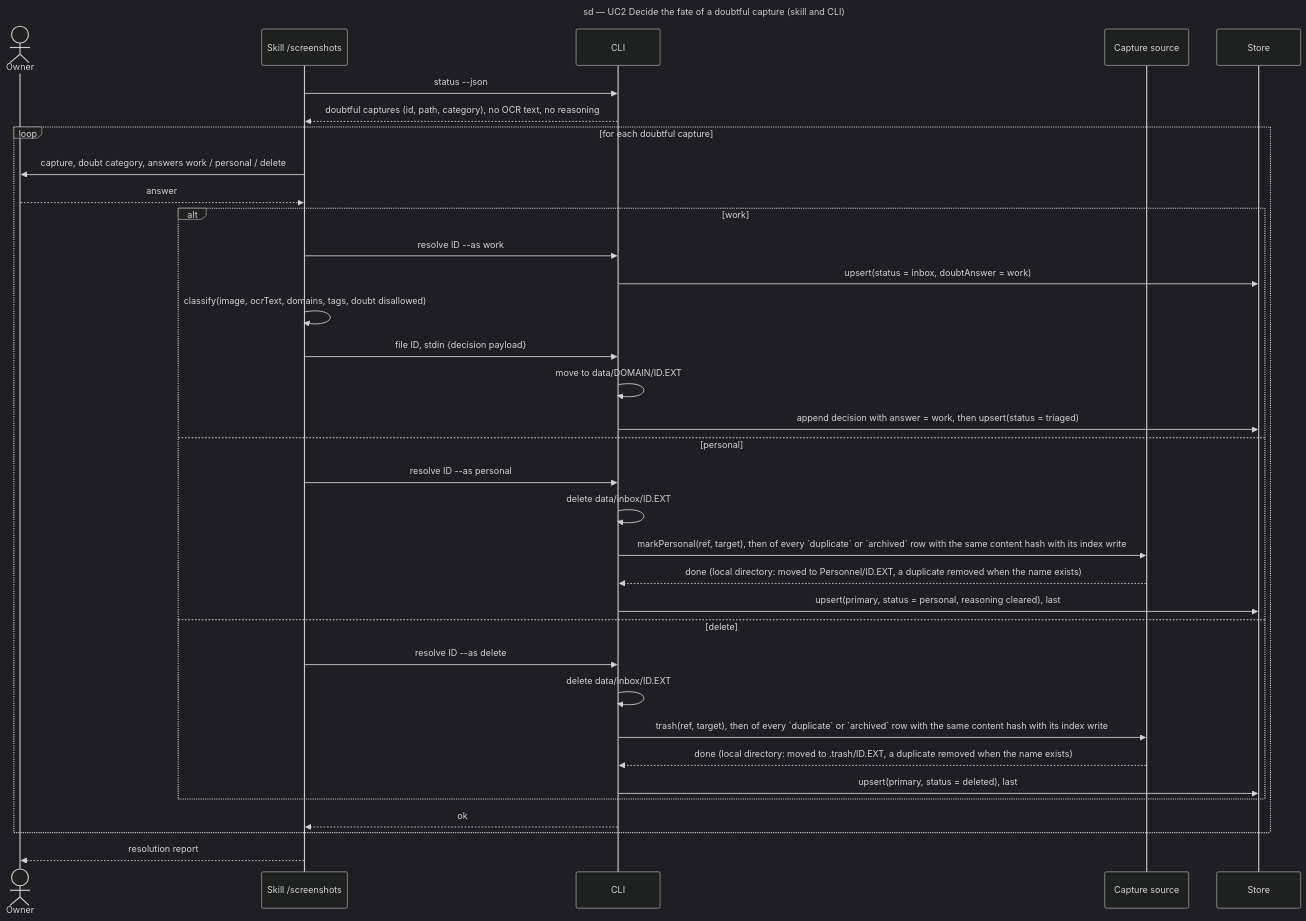
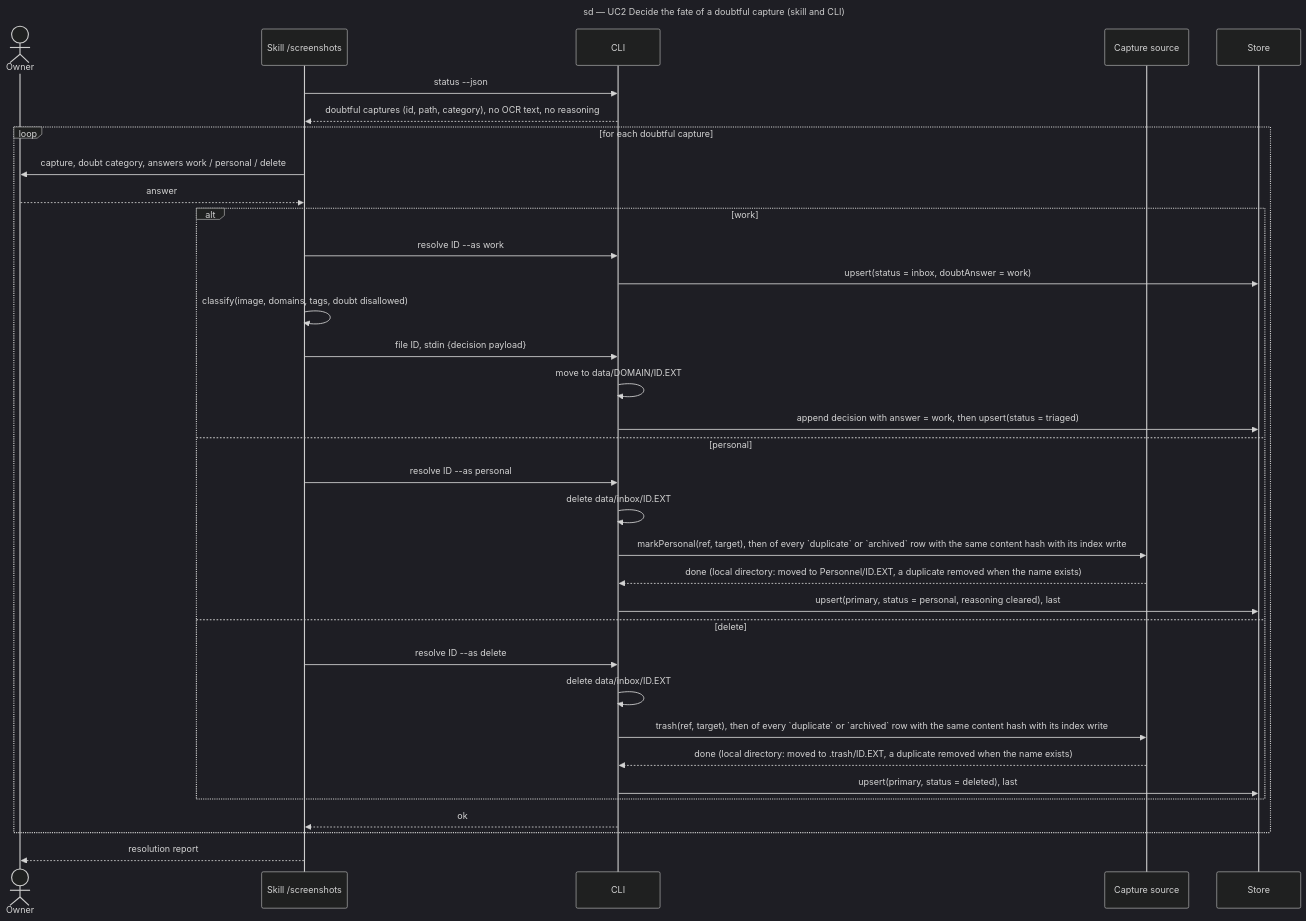
The diagram in docs/architecture/diagrams/triage/02-sequence-resolve-doubt.md (benoit-bremaud/screenshot-triage), drawn with Mermaid (dark theme) before and after one commit. The commit also changed other lines of this file and 4 other files, not shown here.

````diff
--- a/docs/architecture/diagrams/triage/02-sequence-resolve-doubt.md
+++ b/docs/architecture/diagrams/triage/02-sequence-resolve-doubt.md
@@ -14,37 +14,37 @@
 ```mermaid
 sequenceDiagram
   title sd — UC2 Decide the fate of a doubtful capture (skill and CLI)
   actor Owner
   participant Skill as Skill /screenshots
   participant CLI as CLI
   participant Source as Capture source
   participant Store as Store
   Skill->>CLI: status --json
   CLI-->>Skill: doubtful captures (id, path, category), no OCR text, no reasoning
   loop for each doubtful capture
     Skill->>Owner: capture, doubt category, answers work / personal / delete
     Owner-->>Skill: answer
     alt work
       Skill->>CLI: resolve ID --as work
       CLI->>Store: upsert(status = inbox, doubtAnswer = work)
-      Skill->>Skill: classify(image, ocrText, domains, tags, doubt disallowed)
+      Skill->>Skill: classify(image, domains, tags, doubt disallowed)
       Skill->>CLI: file ID, stdin {decision payload}
       CLI->>CLI: move to data/DOMAIN/ID.EXT
       CLI->>Store: append decision with answer = work, then upsert(status = triaged)
     else personal
       Skill->>CLI: resolve ID --as personal
       CLI->>CLI: delete data/inbox/ID.EXT
       CLI->>Source: markPersonal(ref, target), then of every `duplicate` or `archived` row with the same content hash with its index write
       Source-->>CLI: done (local directory: moved to Personnel/ID.EXT, a duplicate removed when the name exists)
       CLI->>Store: upsert(primary, status = personal, reasoning cleared), last
     else delete
       Skill->>CLI: resolve ID --as delete
       CLI->>CLI: delete data/inbox/ID.EXT
       CLI->>Source: trash(ref, target), then of every `duplicate` or `archived` row with the same content hash with its index write
       Source-->>CLI: done (local directory: moved to .trash/ID.EXT, a duplicate removed when the name exists)
       CLI->>Store: upsert(primary, status = deleted), last
     end
     CLI-->>Skill: ok
   end
   Skill-->>Owner: resolution report
 ```
````
